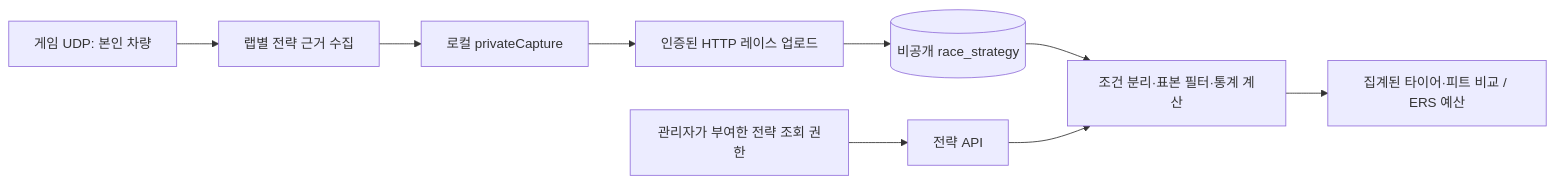
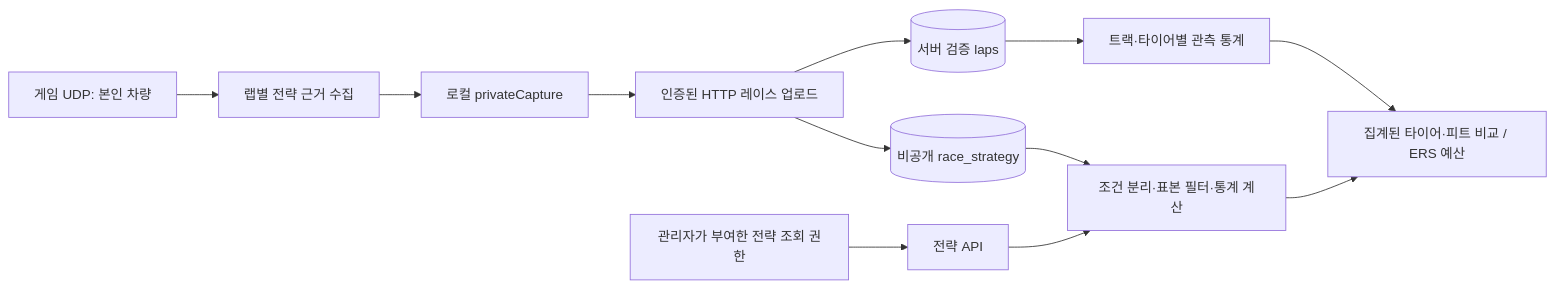
The diagram in docs/api/strategy-lab.md (kangmomin/frc.engineer), drawn with Mermaid before and after one commit. The commit also changed other lines of this file and 18 other files, not shown here.

````diff
--- a/docs/api/strategy-lab.md
+++ b/docs/api/strategy-lab.md
@@ -11,11 +13,14 @@
 ```mermaid
 flowchart LR
     UDP[게임 UDP: 본인 차량] --> Capture[랩별 전략 근거 수집]
     Capture --> Private[로컬 privateCapture]
     Private --> Upload[인증된 HTTP 레이스 업로드]
     Upload --> Corpus[(비공개 race_strategy)]
+    Upload --> Archive[(서버 검증 laps)]
+    Archive --> Observed[트랙·타이어별 관측 통계]
     Corpus --> Model[조건 분리·표본 필터·통계 계산]
     Grant[관리자가 부여한 전략 조회 권한] --> API[전략 API]
     API --> Model
     Model --> Result[집계된 타이어·피트 비교 / ERS 예산]
+    Observed --> Result
 ```
````
